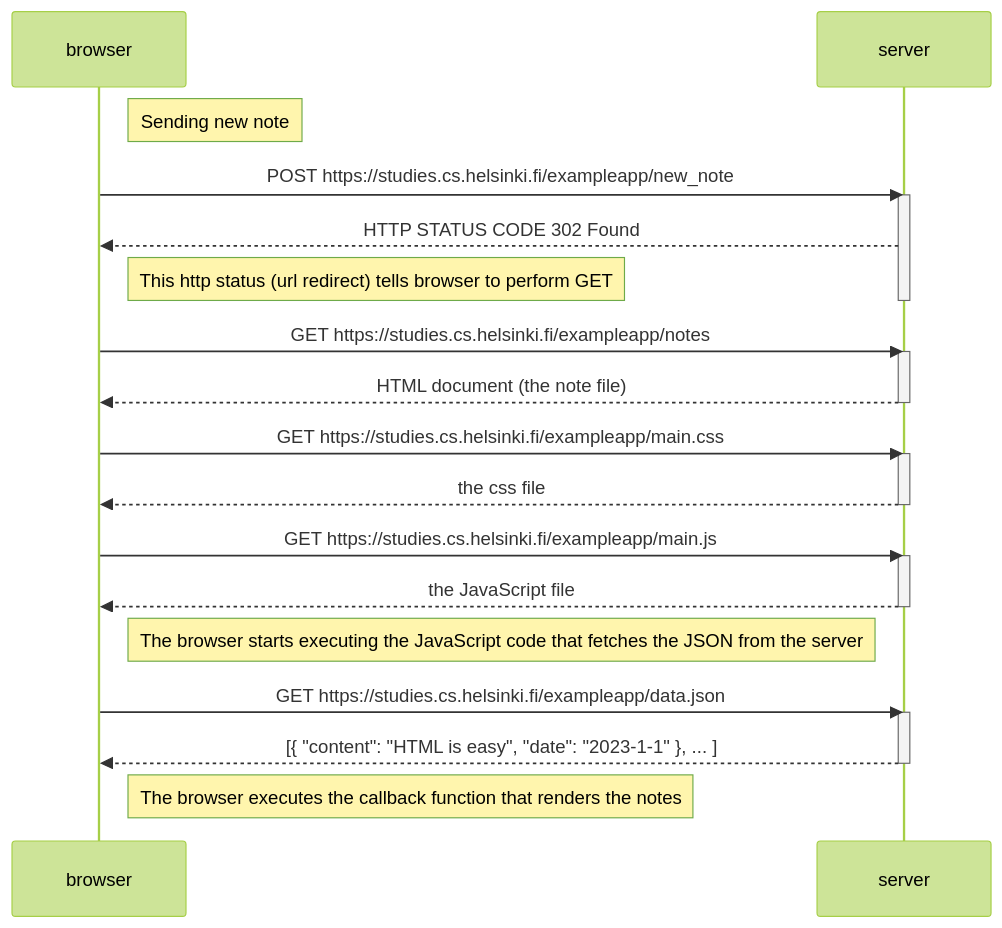
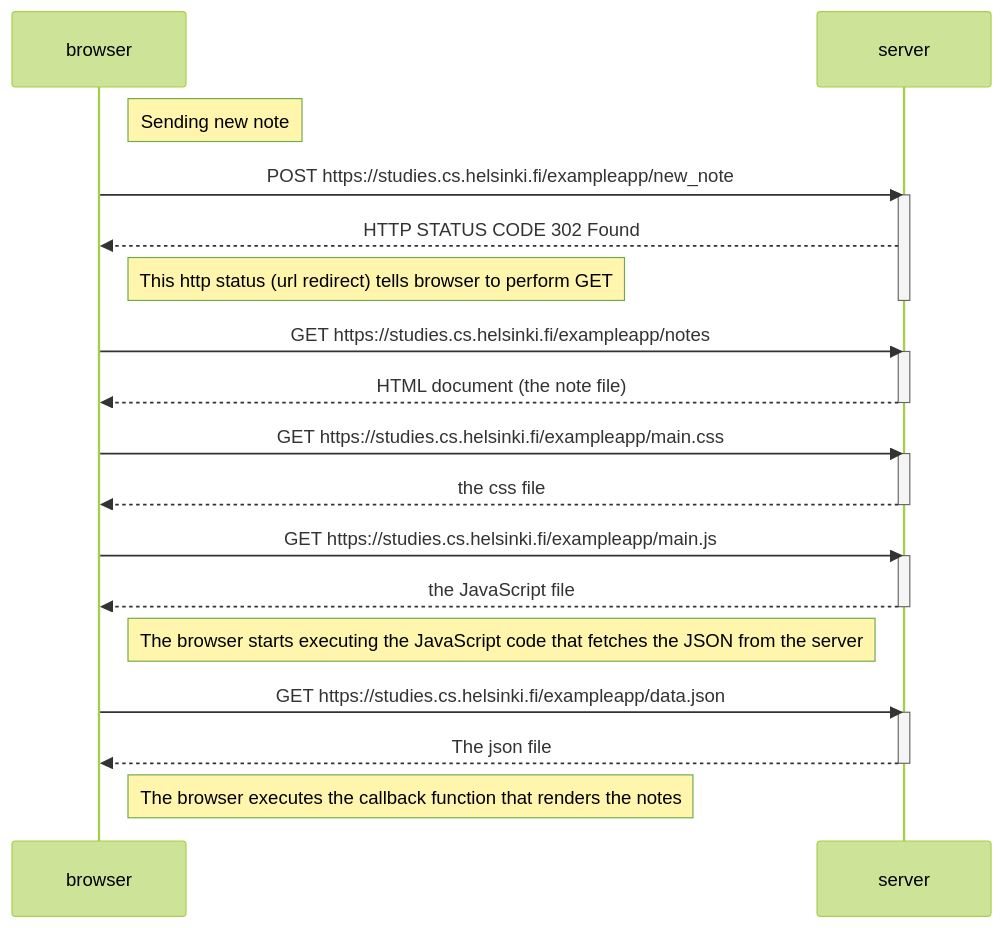
One commit to Antmnguyen/FullStackOpen changed the diagram in part0/04.md. Above: the diagram before and after it, drawn with Mermaid (forest theme).

Commit message:
Update 04.md
fixes

````diff
--- a/part0/04.md
+++ b/part0/04.md
@@ -1,35 +1,35 @@
 ```mermaid
 sequenceDiagram
     participant browser
     participant server
     Note right of browser: Sending new note 
     browser->>server: POST https://studies.cs.helsinki.fi/exampleapp/new_note 
     activate server
     server-->>browser: HTTP STATUS CODE 302 Found
     Note right of browser: This http status (url redirect) tells browser to perform GET
     deactivate server
     
     browser->>server: GET https://studies.cs.helsinki.fi/exampleapp/notes
     activate server
     server-->>browser: HTML document (the note file)
     deactivate server
 
     browser->>server: GET https://studies.cs.helsinki.fi/exampleapp/main.css
     activate server
     server-->>browser: the css file
     deactivate server
 
     browser->>server: GET https://studies.cs.helsinki.fi/exampleapp/main.js
     activate server
     server-->>browser: the JavaScript file
     deactivate server
 
     Note right of browser: The browser starts executing the JavaScript code that fetches the JSON from the server
 
     browser->>server: GET https://studies.cs.helsinki.fi/exampleapp/data.json
     activate server
-    server-->>browser: [{ "content": "HTML is easy", "date": "2023-1-1" }, ... ]
+    server-->>browser: The json file
     deactivate server
 
     Note right of browser: The browser executes the callback function that renders the notes
 ```
````
